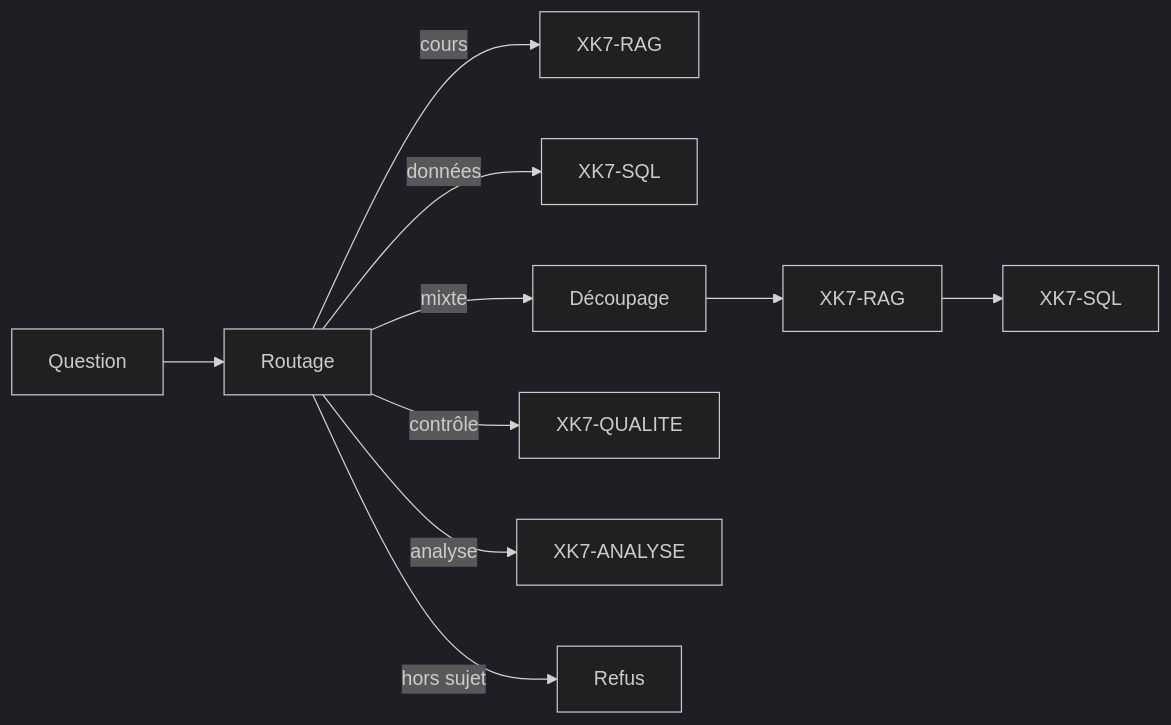
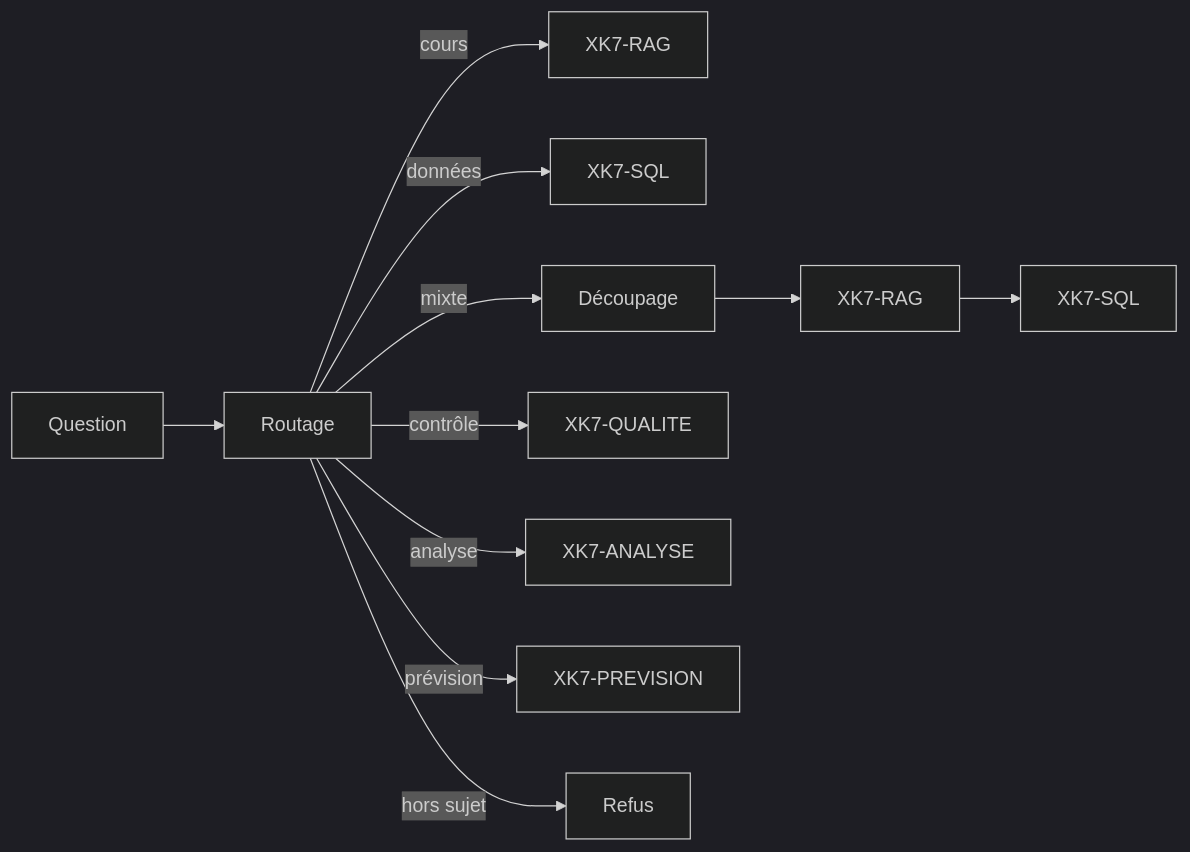
Before and after one commit to Cafew-Carnaval/XK7-RAG: the first of 2 diagrams in README.md, drawn with Mermaid (dark theme). The commit also changed other lines of this file and 8 other files, not shown here.

Commit message:
XK7-PREVISION (mode temps) : 8 modèles, backtest, onglet Prévision, routeur 73/73

````diff
--- a/README.md
+++ b/README.md
@@ -31,11 +32,12 @@
 ```mermaid
 flowchart LR
     Q[Question] --> R[Routage]
     R -->|cours| RAG[XK7-RAG]
     R -->|données| SQL[XK7-SQL]
     R -->|mixte| S[Découpage]
     S --> RAG2[XK7-RAG] --> SQL2[XK7-SQL]
     R -->|contrôle| QUAL[XK7-QUALITE]
     R -->|analyse| AN[XK7-ANALYSE]
+    R -->|prévision| PR[XK7-PREVISION]
     R -->|hors sujet| H[Refus]
 ```
````
